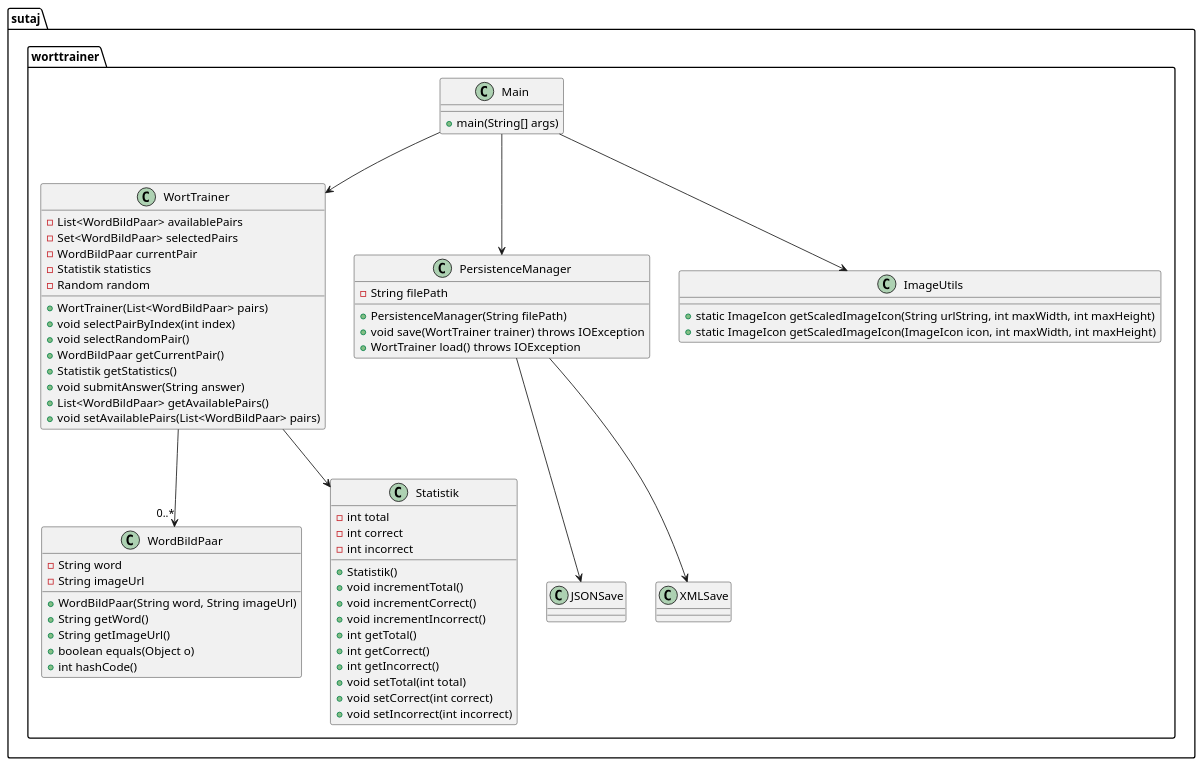
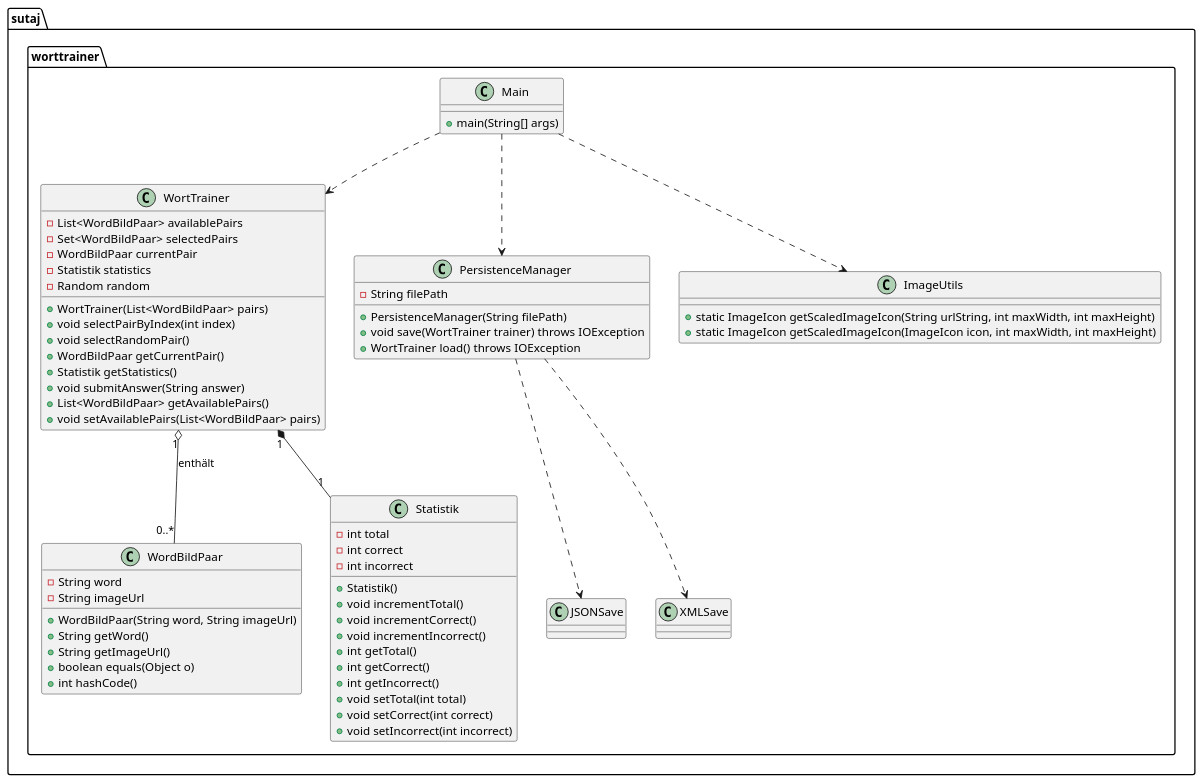
The diagram in uml.puml (TGM-HIT/sew9-2425-worttrainer-skeppter), drawn with PlantUML before and after one commit.

Commit message:
Updated UML diagram to display proper relationships

```diff
--- a/uml.puml
+++ b/uml.puml
@@ -1,80 +1,80 @@
 @startuml
 
 package "sutaj.worttrainer" {
     class Main {
         +main(String[] args)
     }
 
     class WortTrainer {
         - List<WordBildPaar> availablePairs
         - Set<WordBildPaar> selectedPairs
         - WordBildPaar currentPair
         - Statistik statistics
         - Random random
         + WortTrainer(List<WordBildPaar> pairs)
         + void selectPairByIndex(int index)
         + void selectRandomPair()
         + WordBildPaar getCurrentPair()
         + Statistik getStatistics()
         + void submitAnswer(String answer)
         + List<WordBildPaar> getAvailablePairs()
         + void setAvailablePairs(List<WordBildPaar> pairs)
     }
 
     class WordBildPaar {
         - String word
         - String imageUrl
         + WordBildPaar(String word, String imageUrl)
         + String getWord()
         + String getImageUrl()
         + boolean equals(Object o)
         + int hashCode()
     }
 
     class Statistik {
         - int total
         - int correct
         - int incorrect
         + Statistik()
         + void incrementTotal()
         + void incrementCorrect()
         + void incrementIncorrect()
         + int getTotal()
         + int getCorrect()
         + int getIncorrect()
         + void setTotal(int total)
         + void setCorrect(int correct)
         + void setIncorrect(int incorrect)
     }
 
     class PersistenceManager {
         - String filePath
         + PersistenceManager(String filePath)
         + void save(WortTrainer trainer) throws IOException
         + WortTrainer load() throws IOException
     }
 
     class ImageUtils {
         + static ImageIcon getScaledImageIcon(String urlString, int maxWidth, int maxHeight)
         + static ImageIcon getScaledImageIcon(ImageIcon icon, int maxWidth, int maxHeight)
     }
 
     class JSONSave {
 
     }
     class XMLSave {
 
     }
 
     ' Beziehungen
-    Main --> WortTrainer
-    Main --> ImageUtils
-    WortTrainer --> "0..*" WordBildPaar
-    WortTrainer --> Statistik
-    Main --> PersistenceManager
-    PersistenceManager --> JSONSave
-     PersistenceManager --> XMLSave
+    Main ..> WortTrainer
+    Main ..> ImageUtils
+    WortTrainer "1" o-- "0..*" WordBildPaar : enthält
+    WortTrainer "1" *-- "1" Statistik
+    Main ..> PersistenceManager
+    PersistenceManager ..> JSONSave
+    PersistenceManager ..> XMLSave
 
 }
 
 @enduml
```
